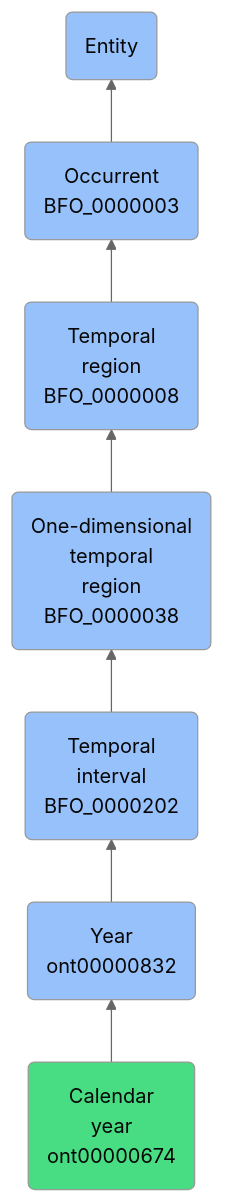
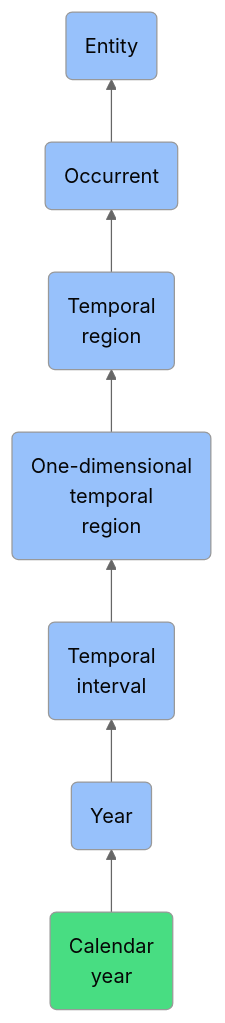
One commit to jupyter-naas/abi changed the diagram in docs/ontology/reference/model/Entity/Occurrent/Temporal region/One-dimensional temporal region/Temporal interval/Year/Calendar year/Calendar year.md. Above: the diagram before and after it, drawn with Mermaid (neutral theme). The commit also changed other lines of this file and 1430 other files, not shown here.

````diff
--- a/docs/ontology/reference/model/Entity/Occurrent/Temporal region/One-dimensional temporal region/Temporal interval/Year/Calendar year/Calendar year.md
+++ b/docs/ontology/reference/model/Entity/Occurrent/Temporal region/One-dimensional temporal region/Temporal interval/Year/Calendar year/Calendar year.md
@@ -24,14 +24,14 @@
 ```mermaid
 graph BT
-    ont00000674(Calendar<br>year<br>ont00000674):::ABI-->ont00000832
-    ont00000832(Year<br>ont00000832):::BFO-->BFO_0000202
-    BFO_0000202(Temporal<br>interval<br>BFO_0000202):::BFO-->BFO_0000038
-    BFO_0000038(One-dimensional<br>temporal<br>region<br>BFO_0000038):::BFO-->BFO_0000008
-    BFO_0000008(Temporal<br>region<br>BFO_0000008):::BFO-->BFO_0000003
-    BFO_0000003(Occurrent<br>BFO_0000003):::BFO-->BFO_0000001
+    ont00000674(Calendar<br>year):::ABI-->ont00000832
+    ont00000832(Year):::BFO-->BFO_0000202
+    BFO_0000202(Temporal<br>interval):::BFO-->BFO_0000038
+    BFO_0000038(One-dimensional<br>temporal<br>region):::BFO-->BFO_0000008
+    BFO_0000008(Temporal<br>region):::BFO-->BFO_0000003
+    BFO_0000003(Occurrent):::BFO-->BFO_0000001
     BFO_0000001(Entity):::BFO
     
     classDef BFO fill:#97c1fb,color:#060606
     classDef CCO fill:#e4c51e,color:#060606
     classDef ABI fill:#48DD82,color:#060606
 ```
````
